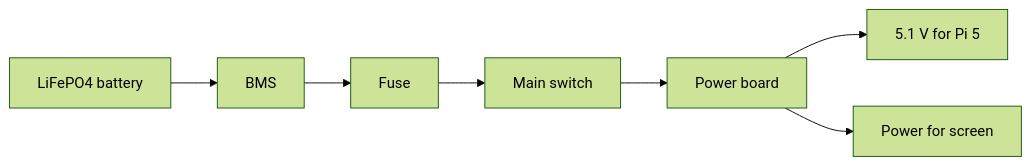
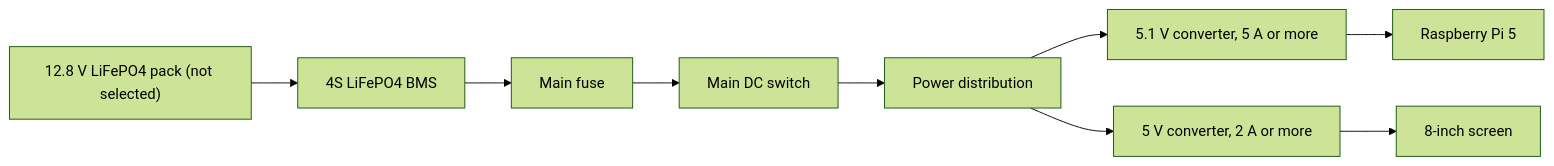
Before and after one commit to azoiu/OFFGRID-Field-Station: the diagram in docs/electrical-design.md, drawn with Mermaid (forest theme). The commit also changed other lines of this file, not shown here.

````diff
--- a/docs/electrical-design.md
+++ b/docs/electrical-design.md
@@ -7,9 +9,11 @@
 ```mermaid
 flowchart LR
-    BAT["LiFePO4 battery"] --> BMS["BMS"]
-    BMS --> FUSE["Fuse"]
-    FUSE --> SW["Main switch"]
-    SW --> PCB["Power board"]
-    PCB --> PI["5.1 V for Pi 5"]
-    PCB --> LCD["Power for screen"]
+    BAT["12.8 V LiFePO4 pack (not selected)"] --> BMS["4S LiFePO4 BMS"]
+    BMS --> FUSE["Main fuse"]
+    FUSE --> SW["Main DC switch"]
+    SW --> BUS["Power distribution"]
+    BUS --> PI_DCDC["5.1 V converter, 5 A or more"]
+    BUS --> LCD_DCDC["5 V converter, 2 A or more"]
+    PI_DCDC --> PI["Raspberry Pi 5"]
+    LCD_DCDC --> LCD["8-inch screen"]
 ```
````
